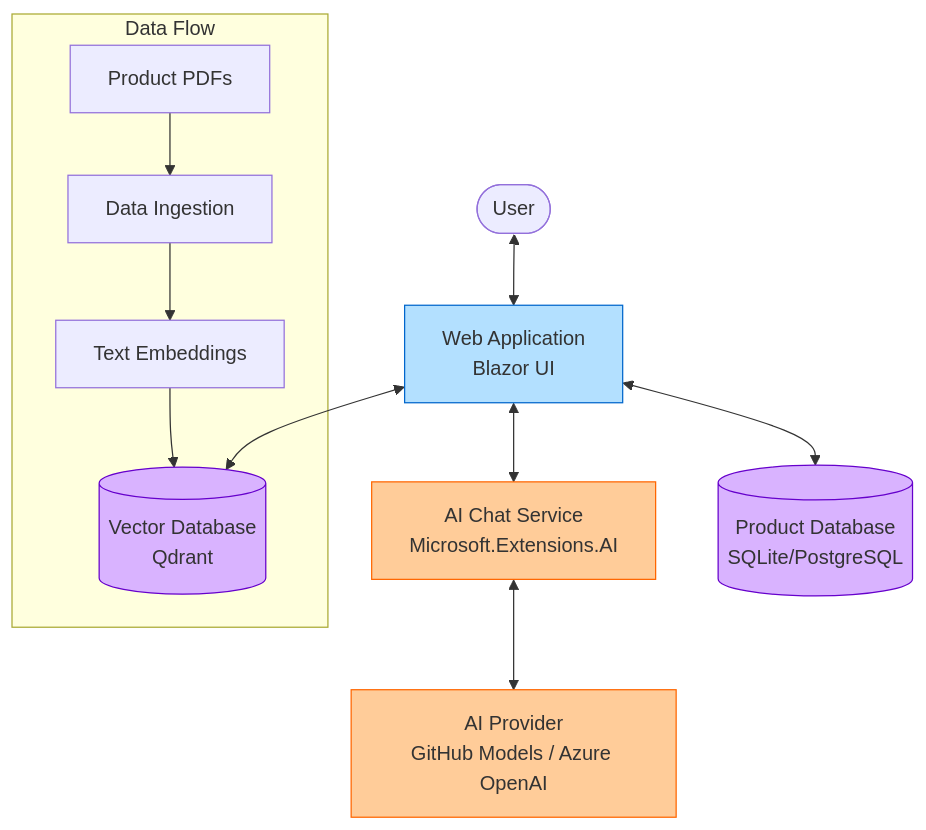
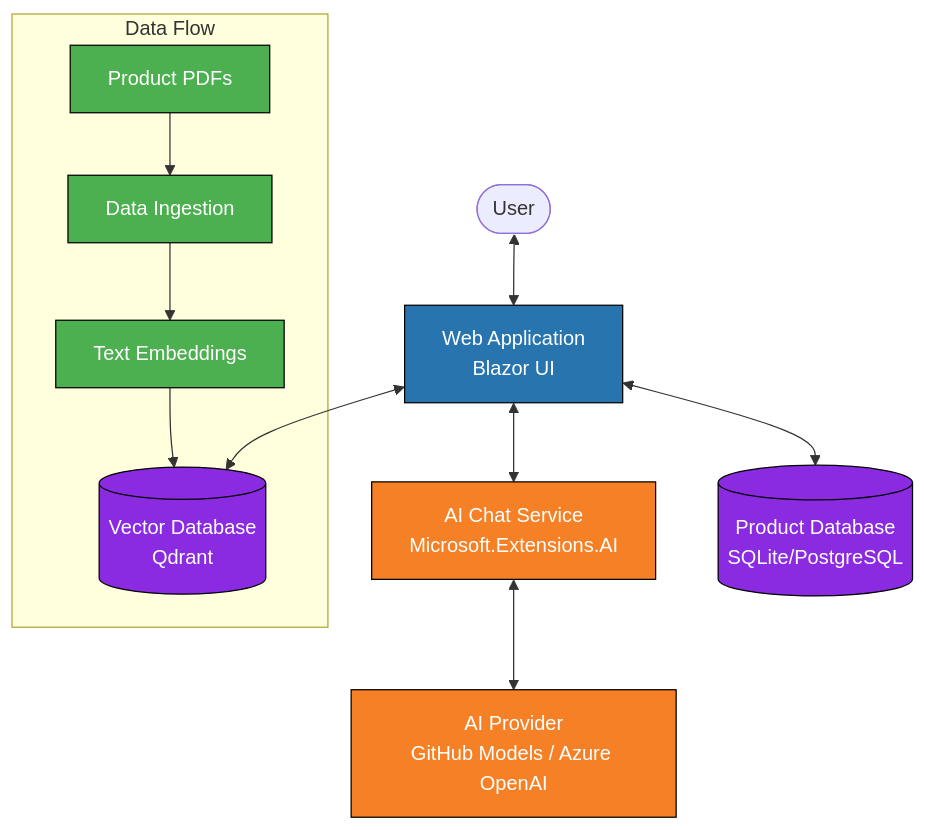
One commit to dotnet-presentations/ai-workshop changed the first of 3 diagrams in README.md. Above: the diagram before and after it, drawn with Mermaid. The commit also changed other lines of this file, not shown here.

Commit message:
Fix diagrams

````diff
--- a/README.md
+++ b/README.md
@@ -32,20 +32,24 @@
 ```mermaid
 flowchart TD
     User([User]) <--> WebApp[Web Application<br>Blazor UI]
     WebApp <--> VectorDB[(Vector Database<br>Qdrant)]
     WebApp <--> AIChatService[AI Chat Service<br>Microsoft.Extensions.AI]
     WebApp <--> ProductDB[(Product Database<br>SQLite/PostgreSQL)]
     AIChatService <--> AIProvider[AI Provider<br>GitHub Models / Azure OpenAI]
     
     subgraph Data Flow
         PDFs[Product PDFs] --> Ingestion[Data Ingestion]
         Ingestion --> Embeddings[Text Embeddings]
         Embeddings --> VectorDB
     end
     
-    style WebApp fill:#b3e0ff,stroke:#0066cc
-    style AIChatService fill:#ffcc99,stroke:#ff6600
-    style VectorDB fill:#d9b3ff,stroke:#6600cc
-    style ProductDB fill:#d9b3ff,stroke:#6600cc
-    style AIProvider fill:#ffcc99,stroke:#ff6600
+    classDef webapp fill:#2774AE,stroke:#000,color:#fff
+    classDef aiservice fill:#F58025,stroke:#000,color:#fff
+    classDef database fill:#8A2BE2,stroke:#000,color:#fff
+    classDef dataflow fill:#4CAF50,stroke:#000,color:#fff
+    
+    class WebApp webapp
+    class AIChatService,AIProvider aiservice
+    class VectorDB,ProductDB database
+    class PDFs,Ingestion,Embeddings dataflow
 ```
````
